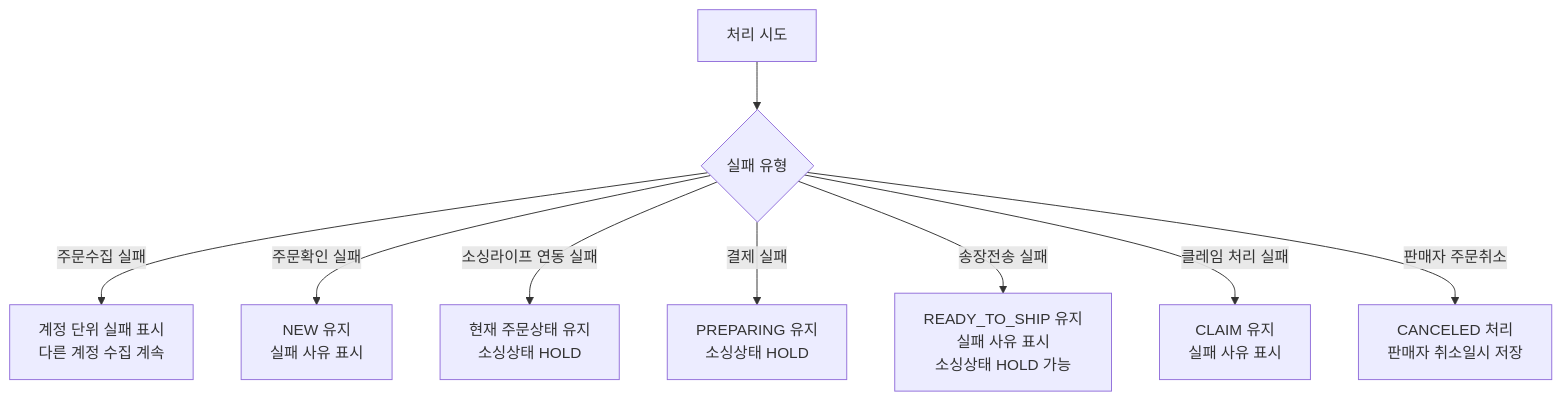
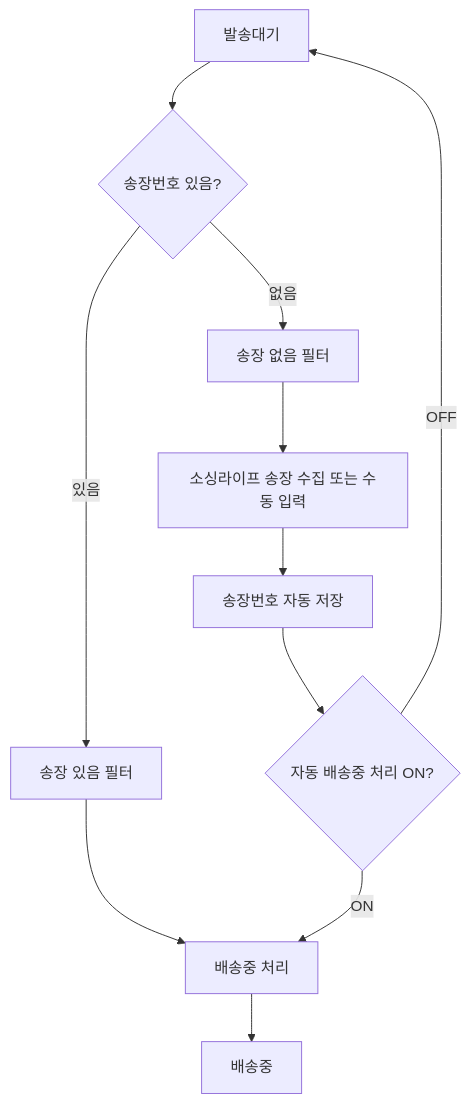
The fifth of 5 diagrams in docs/08_유저플로우/01_주문처리_유저플로우.md (moonceo/Jmpp), drawn with Mermaid before and after one commit. The commit also changed other lines of this file and 71 other files, not shown here.

````diff
--- a/docs/08_유저플로우/01_주문처리_유저플로우.md
+++ b/docs/08_유저플로우/01_주문처리_유저플로우.md
@@ -173,11 +97,13 @@
 ```mermaid
 flowchart TD
-    A["처리 시도"] --> B{"실패 유형"}
-    B -->|"주문수집 실패"| C["계정 단위 실패 표시<br/>다른 계정 수집 계속"]
-    B -->|"주문확인 실패"| D["NEW 유지<br/>실패 사유 표시"]
-    B -->|"소싱라이프 연동 실패"| E["현재 주문상태 유지<br/>소싱상태 HOLD"]
-    B -->|"결제 실패"| F["PREPARING 유지<br/>소싱상태 HOLD"]
-    B -->|"송장전송 실패"| G["READY_TO_SHIP 유지<br/>실패 사유 표시<br/>소싱상태 HOLD 가능"]
-    B -->|"클레임 처리 실패"| H["CLAIM 유지<br/>실패 사유 표시"]
-    B -->|"판매자 주문취소"| I["CANCELED 처리<br/>판매자 취소일시 저장"]
+    A["발송대기"] --> B{"송장번호 있음?"}
+    B -->|"없음"| C["송장 없음 필터"]
+    C --> D["소싱라이프 송장 수집 또는 수동 입력"]
+    D --> E["송장번호 자동 저장"]
+    B -->|"있음"| F["송장 있음 필터"]
+    E --> G{"자동 배송중 처리 ON?"}
+    F --> H["배송중 처리"]
+    G -->|"ON"| H
+    G -->|"OFF"| A
+    H --> I["배송중"]
 ```
````
